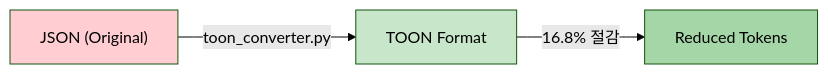
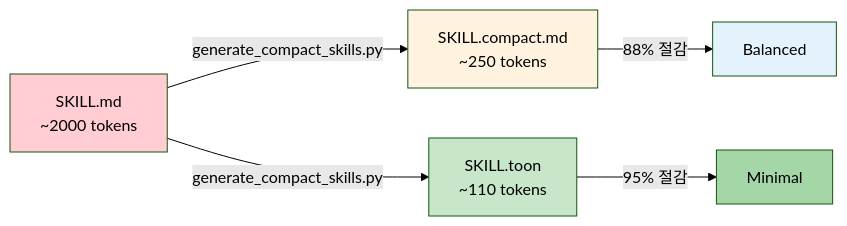
One commit to supercent-io/skills-template changed the fourth of 6 diagrams in README.md. Above: the diagram before and after it, drawn with Mermaid (forest theme). The commit also changed other lines of this file and 76 other files, not shown here.

First line of the commit message:
feat: Add token optimization with compact/toon skill modes

````diff
--- a/README.md
+++ b/README.md
@@ -136,9 +137,14 @@
 ```mermaid
 graph LR
-    A["JSON (Original)"] -->|toon_converter.py| B["TOON Format"]
-    B -->|16.8% 절감| C["Reduced Tokens"]
+    A["SKILL.md<br/>~2000 tokens"] -->|generate_compact_skills.py| B["SKILL.compact.md<br/>~250 tokens"]
+    A -->|generate_compact_skills.py| C["SKILL.toon<br/>~110 tokens"]
+
+    B -->|88% 절감| D["Balanced"]
+    C -->|95% 절감| E["Minimal"]
 
     style A fill:#ffcdd2
-    style B fill:#c8e6c9
-    style C fill:#a5d6a7
+    style B fill:#fff3e0
+    style C fill:#c8e6c9
+    style D fill:#e3f2fd
+    style E fill:#a5d6a7
 ```
````
